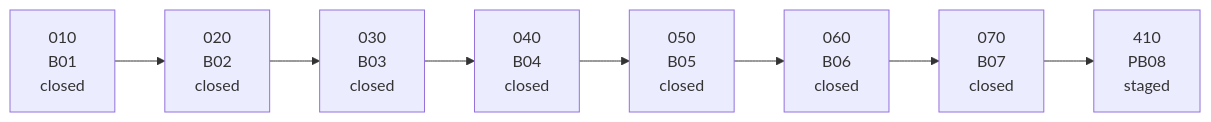
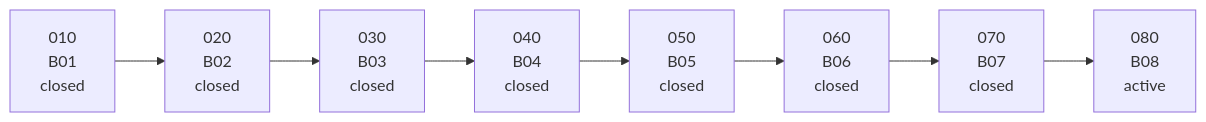
One commit to tryskian/scorey changed the first of 2 diagrams in docs/research/000_LEGEND.md. Above: the diagram before and after it, drawn with Mermaid. The commit also changed other lines of this file and 14 other files, not shown here.

````diff
--- a/docs/research/000_LEGEND.md
+++ b/docs/research/000_LEGEND.md
@@ -26,13 +26,13 @@
 ```mermaid
 flowchart LR
   B1["010<br/>B01<br/>closed"]
   B2["020<br/>B02<br/>closed"]
   B3["030<br/>B03<br/>closed"]
   B4["040<br/>B04<br/>closed"]
   B5["050<br/>B05<br/>closed"]
   B6["060<br/>B06<br/>closed"]
   B7["070<br/>B07<br/>closed"]
-  PB8["410<br/>PB08<br/>staged"]
+  B8["080<br/>B08<br/>active"]
 
-  B1 --> B2 --> B3 --> B4 --> B5 --> B6 --> B7 --> PB8
+  B1 --> B2 --> B3 --> B4 --> B5 --> B6 --> B7 --> B8
 ```
````
